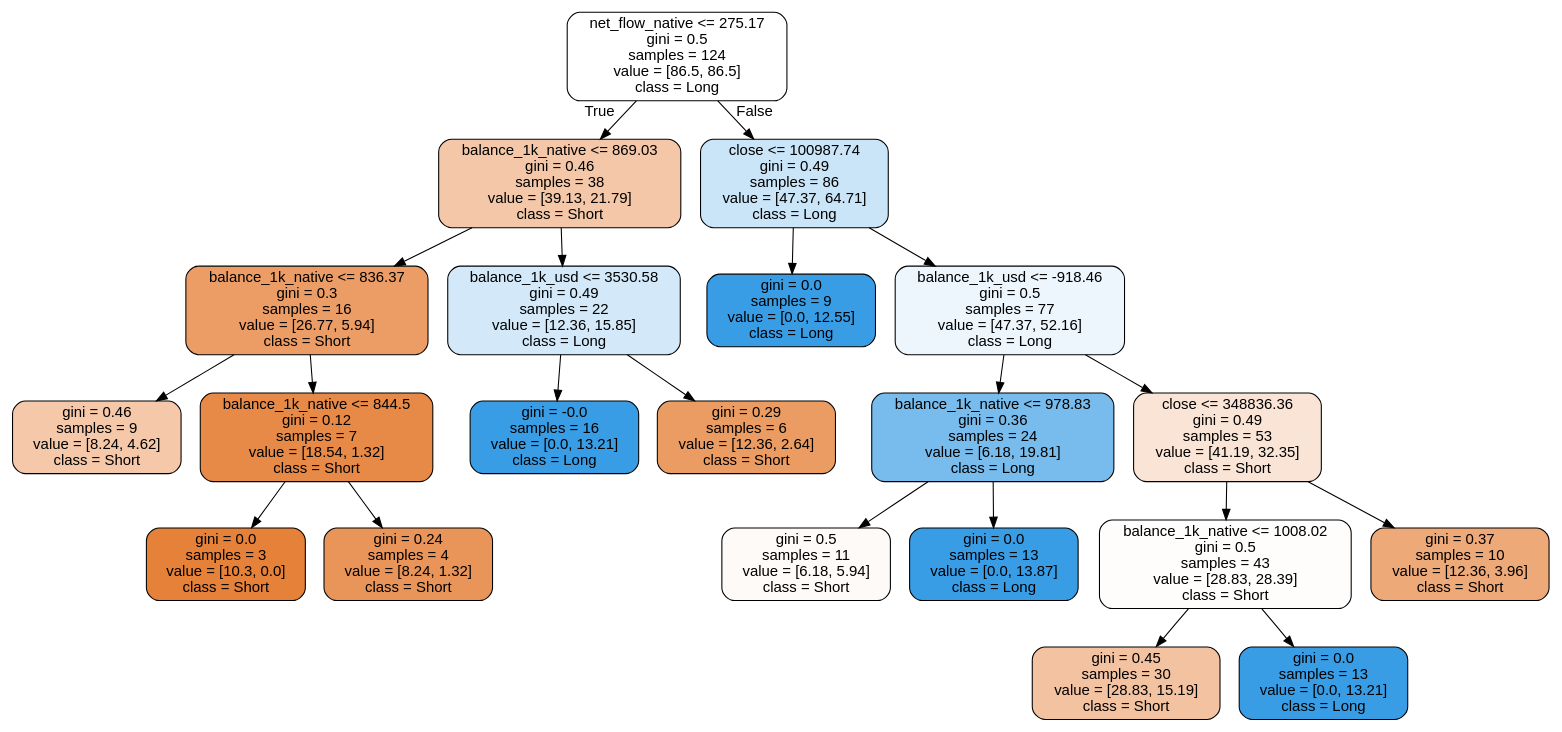
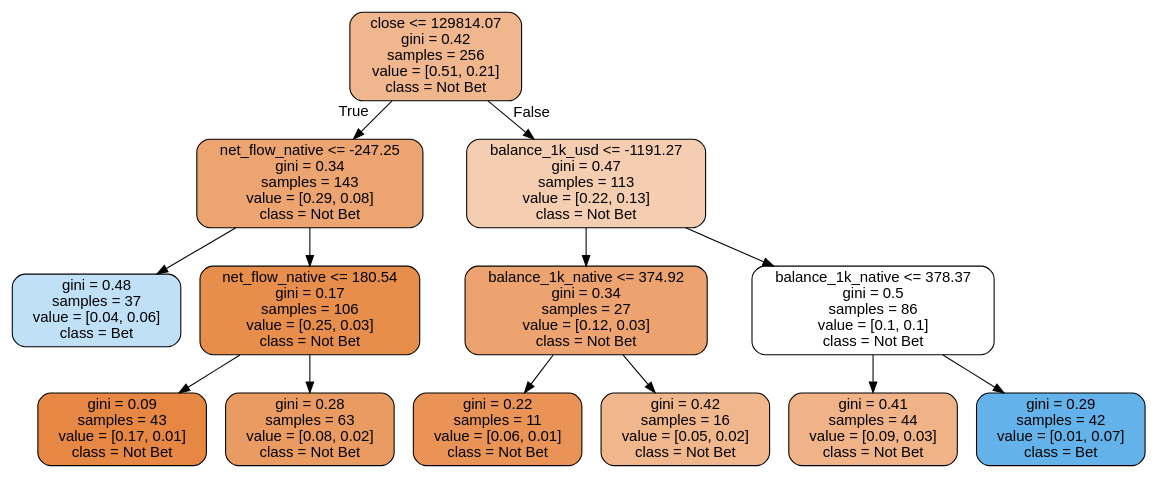
Before and after one commit to Ericclck/FinancialModeling: the diagram in plots/BTC/balance/tree/rf_0.dot, drawn with Graphviz. The commit also changed 29 other files, not shown here.

```diff
--- a/plots/BTC/balance/tree/rf_0.dot
+++ b/plots/BTC/balance/tree/rf_0.dot
@@ -1,45 +1,29 @@
 digraph Tree {
 node [shape=box, style="filled, rounded", color="black", fontname="helvetica"] ;
 edge [fontname="helvetica"] ;
-0 [label="net_flow_native <= 275.17\ngini = 0.5\nsamples = 124\nvalue = [86.5, 86.5]\nclass = Long", fillcolor="#ffffff"] ;
-1 [label="balance_1k_native <= 869.03\ngini = 0.46\nsamples = 38\nvalue = [39.13, 21.79]\nclass = Short", fillcolor="#f3c7a7"] ;
+0 [label="close <= 129814.07\ngini = 0.42\nsamples = 256\nvalue = [0.51, 0.21]\nclass = Not Bet", fillcolor="#f0b68d"] ;
+1 [label="net_flow_native <= -247.25\ngini = 0.34\nsamples = 143\nvalue = [0.29, 0.08]\nclass = Not Bet", fillcolor="#eca471"] ;
 0 -> 1 [labeldistance=2.5, labelangle=45, headlabel="True"] ;
-2 [label="balance_1k_native <= 836.37\ngini = 0.3\nsamples = 16\nvalue = [26.77, 5.94]\nclass = Short", fillcolor="#eb9d65"] ;
+2 [label="gini = 0.48\nsamples = 37\nvalue = [0.04, 0.06]\nclass = Bet", fillcolor="#c0e0f7"] ;
 1 -> 2 ;
-3 [label="gini = 0.46\nsamples = 9\nvalue = [8.24, 4.62]\nclass = Short", fillcolor="#f4c8a8"] ;
-2 -> 3 ;
-4 [label="balance_1k_native <= 844.5\ngini = 0.12\nsamples = 7\nvalue = [18.54, 1.32]\nclass = Short", fillcolor="#e78a47"] ;
-2 -> 4 ;
-5 [label="gini = 0.0\nsamples = 3\nvalue = [10.3, 0.0]\nclass = Short", fillcolor="#e58139"] ;
-4 -> 5 ;
-6 [label="gini = 0.24\nsamples = 4\nvalue = [8.24, 1.32]\nclass = Short", fillcolor="#e99559"] ;
-4 -> 6 ;
-7 [label="balance_1k_usd <= 3530.58\ngini = 0.49\nsamples = 22\nvalue = [12.36, 15.85]\nclass = Long", fillcolor="#d3e9f9"] ;
-1 -> 7 ;
-8 [label="gini = -0.0\nsamples = 16\nvalue = [0.0, 13.21]\nclass = Long", fillcolor="#399de5"] ;
+3 [label="net_flow_native <= 180.54\ngini = 0.17\nsamples = 106\nvalue = [0.25, 0.03]\nclass = Not Bet", fillcolor="#e88e4d"] ;
+1 -> 3 ;
+4 [label="gini = 0.09\nsamples = 43\nvalue = [0.17, 0.01]\nclass = Not Bet", fillcolor="#e68743"] ;
+3 -> 4 ;
+5 [label="gini = 0.28\nsamples = 63\nvalue = [0.08, 0.02]\nclass = Not Bet", fillcolor="#ea9b62"] ;
+3 -> 5 ;
+6 [label="balance_1k_usd <= -1191.27\ngini = 0.47\nsamples = 113\nvalue = [0.22, 0.13]\nclass = Not Bet", fillcolor="#f5ceb2"] ;
+0 -> 6 [labeldistance=2.5, labelangle=-45, headlabel="False"] ;
+7 [label="balance_1k_native <= 374.92\ngini = 0.34\nsamples = 27\nvalue = [0.12, 0.03]\nclass = Not Bet", fillcolor="#eca36f"] ;
+6 -> 7 ;
+8 [label="gini = 0.22\nsamples = 11\nvalue = [0.06, 0.01]\nclass = Not Bet", fillcolor="#e99456"] ;
 7 -> 8 ;
-9 [label="gini = 0.29\nsamples = 6\nvalue = [12.36, 2.64]\nclass = Short", fillcolor="#eb9c63"] ;
+9 [label="gini = 0.42\nsamples = 16\nvalue = [0.05, 0.02]\nclass = Not Bet", fillcolor="#f0b78d"] ;
 7 -> 9 ;
-10 [label="close <= 100987.74\ngini = 0.49\nsamples = 86\nvalue = [47.37, 64.71]\nclass = Long", fillcolor="#cae5f8"] ;
-0 -> 10 [labeldistance=2.5, labelangle=-45, headlabel="False"] ;
-11 [label="gini = 0.0\nsamples = 9\nvalue = [0.0, 12.55]\nclass = Long", fillcolor="#399de5"] ;
+10 [label="balance_1k_native <= 378.37\ngini = 0.5\nsamples = 86\nvalue = [0.1, 0.1]\nclass = Not Bet", fillcolor="#ffffff"] ;
+6 -> 10 ;
+11 [label="gini = 0.41\nsamples = 44\nvalue = [0.09, 0.03]\nclass = Not Bet", fillcolor="#efb387"] ;
 10 -> 11 ;
-12 [label="balance_1k_usd <= -918.46\ngini = 0.5\nsamples = 77\nvalue = [47.37, 52.16]\nclass = Long", fillcolor="#edf6fd"] ;
+12 [label="gini = 0.29\nsamples = 42\nvalue = [0.01, 0.07]\nclass = Bet", fillcolor="#63b2ea"] ;
 10 -> 12 ;
-13 [label="balance_1k_native <= 978.83\ngini = 0.36\nsamples = 24\nvalue = [6.18, 19.81]\nclass = Long", fillcolor="#77bced"] ;
-12 -> 13 ;
-14 [label="gini = 0.5\nsamples = 11\nvalue = [6.18, 5.94]\nclass = Short", fillcolor="#fefaf7"] ;
-13 -> 14 ;
-15 [label="gini = 0.0\nsamples = 13\nvalue = [0.0, 13.87]\nclass = Long", fillcolor="#399de5"] ;
-13 -> 15 ;
-16 [label="close <= 348836.36\ngini = 0.49\nsamples = 53\nvalue = [41.19, 32.35]\nclass = Short", fillcolor="#f9e4d5"] ;
-12 -> 16 ;
-17 [label="balance_1k_native <= 1008.02\ngini = 0.5\nsamples = 43\nvalue = [28.83, 28.39]\nclass = Short", fillcolor="#fffdfc"] ;
-16 -> 17 ;
-18 [label="gini = 0.45\nsamples = 30\nvalue = [28.83, 15.19]\nclass = Short", fillcolor="#f3c3a1"] ;
-17 -> 18 ;
-19 [label="gini = 0.0\nsamples = 13\nvalue = [0.0, 13.21]\nclass = Long", fillcolor="#399de5"] ;
-17 -> 19 ;
-20 [label="gini = 0.37\nsamples = 10\nvalue = [12.36, 3.96]\nclass = Short", fillcolor="#eda978"] ;
-16 -> 20 ;
 }
```
